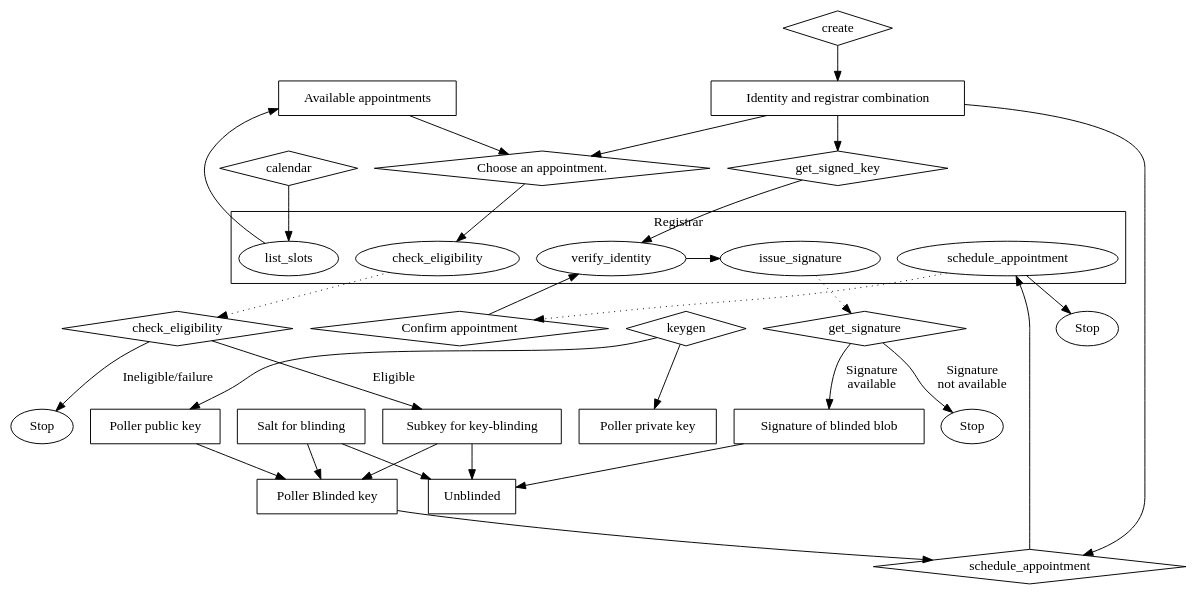
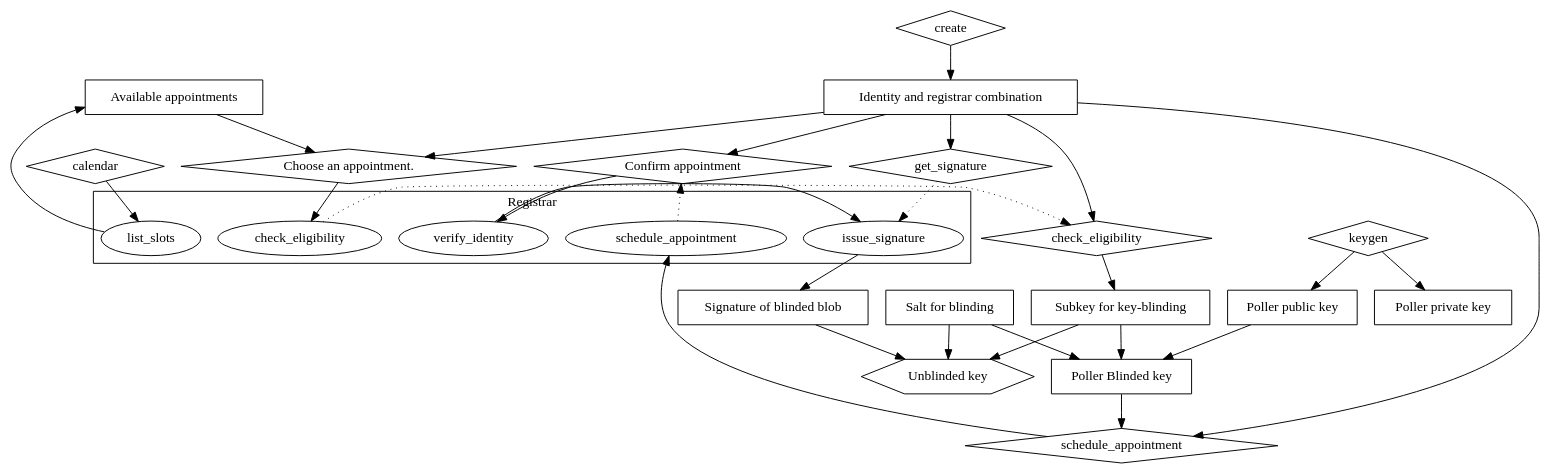
The diagram in doc/securepolling.dot (securepollingsystem/securepolling), drawn with Graphviz before and after one commit.

```diff
--- a/doc/securepolling.dot
+++ b/doc/securepolling.dot
@@ -1,73 +1,67 @@
 // Registrar process
 digraph {
   subgraph cluster_Registrar {
     label="Registrar"
     r_list_slots [label="list_slots"]
     r_schedule_appointment [label="schedule_appointment"]
     r_verify_identity [label="verify_identity"]
     r_check_eligibility [label="check_eligibility"]
     r_issue_signature [label="issue_signature"]
     r_verify_identity -> r_issue_signature [constraint="false"]
   }
 
   // Step 1
   create [shape="diamond"]
   Identity [label="Identity and registrar combination" shape="box"]
 
   create -> Identity
 
   keygen [shape="diamond"]
   Public [label="Poller public key" shape="box"]
   Private [label="Poller private key" shape="box"]
 
   keygen -> Public
   keygen -> Private
 
   calendar [shape="diamond"]
   Appointments [label="Available appointments" shape="box"]
   calendar -> r_list_slots -> Appointments
 
   Appointments -> Request1
   Identity -> Request1
   Request1 [label="Choose an appointment." shape="diamond"]
   Request1 -> r_check_eligibility // [label="Request acknowledgement of eligibility"]
 
   CheckEligibility [label="check_eligibility" shape="diamond"]
   r_check_eligibility -> CheckEligibility [style="dotted"]
-  CheckEligibility -> Subkey [label="Eligible"]
-  CheckEligibility -> Fail1 [label="Ineligible/failure"]
-  Fail1 [label="Stop"]
+  Identity -> CheckEligibility -> Subkey
 
   Subkey [label="Subkey for key-blinding" shape="box"]
   Salt [label="Salt for blinding" shape="box"]
 
   Blinded [label="Poller Blinded key" shape="box"]
   Subkey -> Blinded
   Salt -> Blinded
   Public -> Blinded
 
   schedule_appointment [shape="diamond"]
   Identity -> schedule_appointment
   Blinded  -> schedule_appointment -> r_schedule_appointment
   r_schedule_appointment -> Confirmation [style=dotted]
-  r_schedule_appointment -> Fail2
+  Identity -> Confirmation
   Confirmation [label="Confirm appointment" shape="diamond"]
-  Fail2 [label="Stop"]
 
   // Step 2
-  Sync [label="get_signed_key" shape=diamond]
-  Fail3 [label="Stop"]
-  Identity -> Sync -> r_verify_identity
   Confirmation -> r_verify_identity
+  Identity -> get_signature
   get_signature [shape="diamond"]
-  r_issue_signature -> get_signature [style=dotted]
-  get_signature -> SignedBlinded [label="Signature\navailable"]
-  get_signature -> Fail3 [label="Signature\nnot available"]
+  get_signature -> r_issue_signature [style=dotted]
+  r_issue_signature -> SignedBlinded
   SignedBlinded [label="Signature of blinded blob" shape="box"]
 
   Salt -> Unblinded
   Subkey -> Unblinded
   SignedBlinded -> Unblinded
 
-  Unblinded [shape="box"]
+  Unblinded [shape="hexagon" label="Unblinded key"]
 }
```
